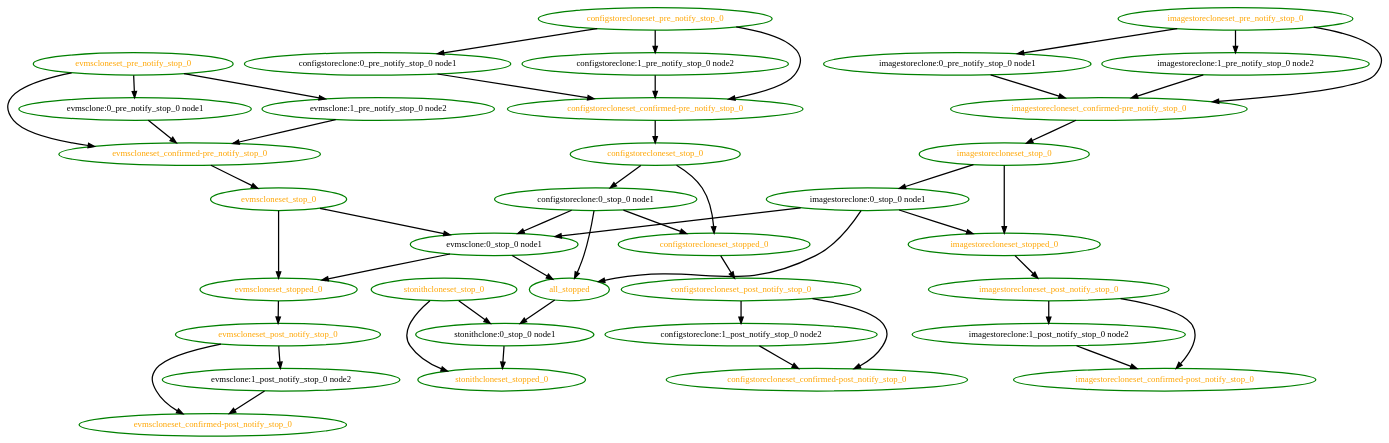
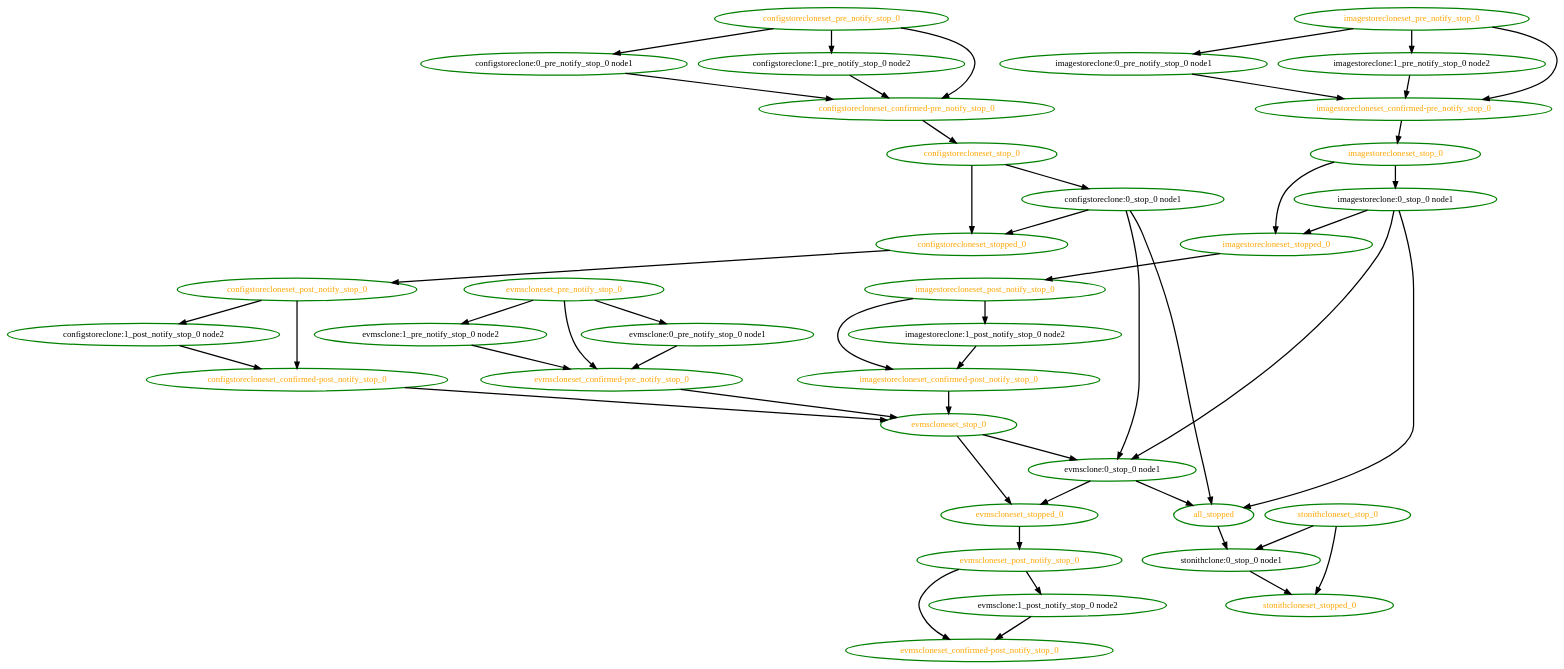
One commit to linux-ha-japan/pm_diskd changed the diagram in pengine/testcases/interleave-stop.dot. Above: the diagram before and after it, drawn with Graphviz. The commit also changed 23 other files, not shown here.

```diff
--- a/pengine/testcases/interleave-stop.dot
+++ b/pengine/testcases/interleave-stop.dot
@@ -1,84 +1,86 @@
 digraph "g" {
 "all_stopped" -> "stonithclone:0_stop_0 node1" [ style = bold]
 "all_stopped" [ style=bold color="green" fontcolor="orange"  ]
 "configstoreclone:0_pre_notify_stop_0 node1" -> "configstorecloneset_confirmed-pre_notify_stop_0" [ style = bold]
 "configstoreclone:0_pre_notify_stop_0 node1" [ style=bold color="green" fontcolor="black"  ]
 "configstoreclone:0_stop_0 node1" -> "all_stopped" [ style = bold]
 "configstoreclone:0_stop_0 node1" -> "configstorecloneset_stopped_0" [ style = bold]
 "configstoreclone:0_stop_0 node1" -> "evmsclone:0_stop_0 node1" [ style = bold]
 "configstoreclone:0_stop_0 node1" [ style=bold color="green" fontcolor="black"  ]
 "configstoreclone:1_post_notify_stop_0 node2" -> "configstorecloneset_confirmed-post_notify_stop_0" [ style = bold]
 "configstoreclone:1_post_notify_stop_0 node2" [ style=bold color="green" fontcolor="black"  ]
 "configstoreclone:1_pre_notify_stop_0 node2" -> "configstorecloneset_confirmed-pre_notify_stop_0" [ style = bold]
 "configstoreclone:1_pre_notify_stop_0 node2" [ style=bold color="green" fontcolor="black"  ]
+"configstorecloneset_confirmed-post_notify_stop_0" -> "evmscloneset_stop_0" [ style = bold]
 "configstorecloneset_confirmed-post_notify_stop_0" [ style=bold color="green" fontcolor="orange"  ]
 "configstorecloneset_confirmed-pre_notify_stop_0" -> "configstorecloneset_stop_0" [ style = bold]
 "configstorecloneset_confirmed-pre_notify_stop_0" [ style=bold color="green" fontcolor="orange"  ]
 "configstorecloneset_post_notify_stop_0" -> "configstoreclone:1_post_notify_stop_0 node2" [ style = bold]
 "configstorecloneset_post_notify_stop_0" -> "configstorecloneset_confirmed-post_notify_stop_0" [ style = bold]
 "configstorecloneset_post_notify_stop_0" [ style=bold color="green" fontcolor="orange"  ]
 "configstorecloneset_pre_notify_stop_0" -> "configstoreclone:0_pre_notify_stop_0 node1" [ style = bold]
 "configstorecloneset_pre_notify_stop_0" -> "configstoreclone:1_pre_notify_stop_0 node2" [ style = bold]
 "configstorecloneset_pre_notify_stop_0" -> "configstorecloneset_confirmed-pre_notify_stop_0" [ style = bold]
 "configstorecloneset_pre_notify_stop_0" [ style=bold color="green" fontcolor="orange"  ]
 "configstorecloneset_stop_0" -> "configstoreclone:0_stop_0 node1" [ style = bold]
 "configstorecloneset_stop_0" -> "configstorecloneset_stopped_0" [ style = bold]
 "configstorecloneset_stop_0" [ style=bold color="green" fontcolor="orange"  ]
 "configstorecloneset_stopped_0" -> "configstorecloneset_post_notify_stop_0" [ style = bold]
 "configstorecloneset_stopped_0" [ style=bold color="green" fontcolor="orange"  ]
 "evmsclone:0_pre_notify_stop_0 node1" -> "evmscloneset_confirmed-pre_notify_stop_0" [ style = bold]
 "evmsclone:0_pre_notify_stop_0 node1" [ style=bold color="green" fontcolor="black"  ]
 "evmsclone:0_stop_0 node1" -> "all_stopped" [ style = bold]
 "evmsclone:0_stop_0 node1" -> "evmscloneset_stopped_0" [ style = bold]
 "evmsclone:0_stop_0 node1" [ style=bold color="green" fontcolor="black"  ]
 "evmsclone:1_post_notify_stop_0 node2" -> "evmscloneset_confirmed-post_notify_stop_0" [ style = bold]
 "evmsclone:1_post_notify_stop_0 node2" [ style=bold color="green" fontcolor="black"  ]
 "evmsclone:1_pre_notify_stop_0 node2" -> "evmscloneset_confirmed-pre_notify_stop_0" [ style = bold]
 "evmsclone:1_pre_notify_stop_0 node2" [ style=bold color="green" fontcolor="black"  ]
 "evmscloneset_confirmed-post_notify_stop_0" [ style=bold color="green" fontcolor="orange"  ]
 "evmscloneset_confirmed-pre_notify_stop_0" -> "evmscloneset_stop_0" [ style = bold]
 "evmscloneset_confirmed-pre_notify_stop_0" [ style=bold color="green" fontcolor="orange"  ]
 "evmscloneset_post_notify_stop_0" -> "evmsclone:1_post_notify_stop_0 node2" [ style = bold]
 "evmscloneset_post_notify_stop_0" -> "evmscloneset_confirmed-post_notify_stop_0" [ style = bold]
 "evmscloneset_post_notify_stop_0" [ style=bold color="green" fontcolor="orange"  ]
 "evmscloneset_pre_notify_stop_0" -> "evmsclone:0_pre_notify_stop_0 node1" [ style = bold]
 "evmscloneset_pre_notify_stop_0" -> "evmsclone:1_pre_notify_stop_0 node2" [ style = bold]
 "evmscloneset_pre_notify_stop_0" -> "evmscloneset_confirmed-pre_notify_stop_0" [ style = bold]
 "evmscloneset_pre_notify_stop_0" [ style=bold color="green" fontcolor="orange"  ]
 "evmscloneset_stop_0" -> "evmsclone:0_stop_0 node1" [ style = bold]
 "evmscloneset_stop_0" -> "evmscloneset_stopped_0" [ style = bold]
 "evmscloneset_stop_0" [ style=bold color="green" fontcolor="orange"  ]
 "evmscloneset_stopped_0" -> "evmscloneset_post_notify_stop_0" [ style = bold]
 "evmscloneset_stopped_0" [ style=bold color="green" fontcolor="orange"  ]
 "imagestoreclone:0_pre_notify_stop_0 node1" -> "imagestorecloneset_confirmed-pre_notify_stop_0" [ style = bold]
 "imagestoreclone:0_pre_notify_stop_0 node1" [ style=bold color="green" fontcolor="black"  ]
 "imagestoreclone:0_stop_0 node1" -> "all_stopped" [ style = bold]
 "imagestoreclone:0_stop_0 node1" -> "evmsclone:0_stop_0 node1" [ style = bold]
 "imagestoreclone:0_stop_0 node1" -> "imagestorecloneset_stopped_0" [ style = bold]
 "imagestoreclone:0_stop_0 node1" [ style=bold color="green" fontcolor="black"  ]
 "imagestoreclone:1_post_notify_stop_0 node2" -> "imagestorecloneset_confirmed-post_notify_stop_0" [ style = bold]
 "imagestoreclone:1_post_notify_stop_0 node2" [ style=bold color="green" fontcolor="black"  ]
 "imagestoreclone:1_pre_notify_stop_0 node2" -> "imagestorecloneset_confirmed-pre_notify_stop_0" [ style = bold]
 "imagestoreclone:1_pre_notify_stop_0 node2" [ style=bold color="green" fontcolor="black"  ]
+"imagestorecloneset_confirmed-post_notify_stop_0" -> "evmscloneset_stop_0" [ style = bold]
 "imagestorecloneset_confirmed-post_notify_stop_0" [ style=bold color="green" fontcolor="orange"  ]
 "imagestorecloneset_confirmed-pre_notify_stop_0" -> "imagestorecloneset_stop_0" [ style = bold]
 "imagestorecloneset_confirmed-pre_notify_stop_0" [ style=bold color="green" fontcolor="orange"  ]
 "imagestorecloneset_post_notify_stop_0" -> "imagestoreclone:1_post_notify_stop_0 node2" [ style = bold]
 "imagestorecloneset_post_notify_stop_0" -> "imagestorecloneset_confirmed-post_notify_stop_0" [ style = bold]
 "imagestorecloneset_post_notify_stop_0" [ style=bold color="green" fontcolor="orange"  ]
 "imagestorecloneset_pre_notify_stop_0" -> "imagestoreclone:0_pre_notify_stop_0 node1" [ style = bold]
 "imagestorecloneset_pre_notify_stop_0" -> "imagestoreclone:1_pre_notify_stop_0 node2" [ style = bold]
 "imagestorecloneset_pre_notify_stop_0" -> "imagestorecloneset_confirmed-pre_notify_stop_0" [ style = bold]
 "imagestorecloneset_pre_notify_stop_0" [ style=bold color="green" fontcolor="orange"  ]
 "imagestorecloneset_stop_0" -> "imagestoreclone:0_stop_0 node1" [ style = bold]
 "imagestorecloneset_stop_0" -> "imagestorecloneset_stopped_0" [ style = bold]
 "imagestorecloneset_stop_0" [ style=bold color="green" fontcolor="orange"  ]
 "imagestorecloneset_stopped_0" -> "imagestorecloneset_post_notify_stop_0" [ style = bold]
 "imagestorecloneset_stopped_0" [ style=bold color="green" fontcolor="orange"  ]
 "stonithclone:0_stop_0 node1" -> "stonithcloneset_stopped_0" [ style = bold]
 "stonithclone:0_stop_0 node1" [ style=bold color="green" fontcolor="black"  ]
 "stonithcloneset_stop_0" -> "stonithclone:0_stop_0 node1" [ style = bold]
 "stonithcloneset_stop_0" -> "stonithcloneset_stopped_0" [ style = bold]
 "stonithcloneset_stop_0" [ style=bold color="green" fontcolor="orange"  ]
 "stonithcloneset_stopped_0" [ style=bold color="green" fontcolor="orange"  ]
 }
```
